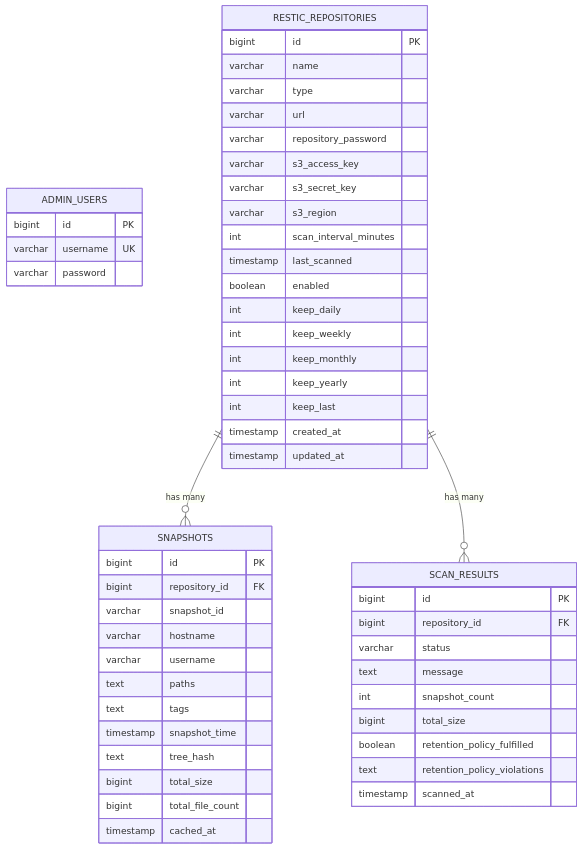
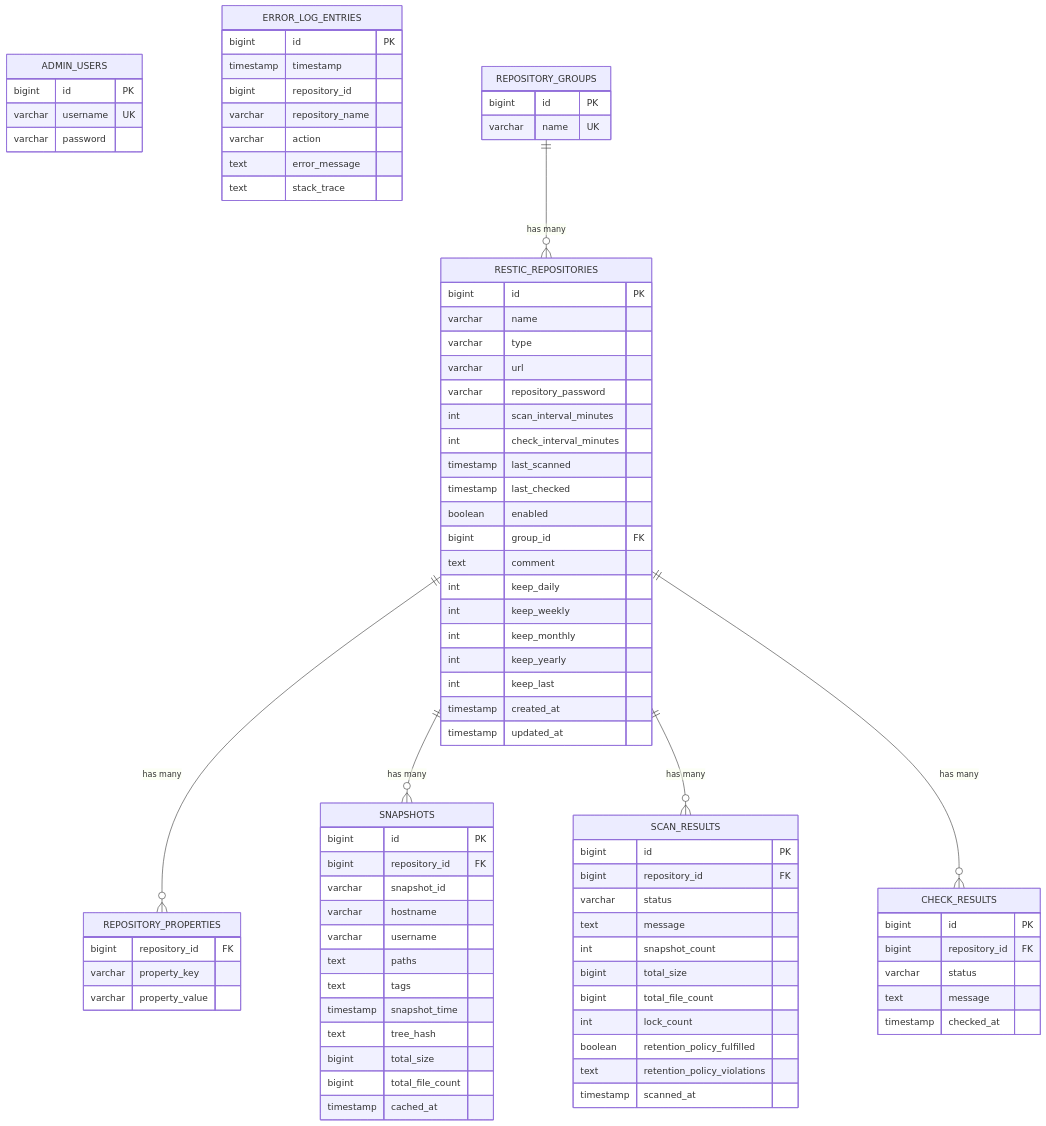
Before and after one commit to tmseidel/restic-explorer: the seventh of 9 diagrams in docs/ARCHITECTURE.md, drawn with Mermaid. The commit also changed other lines of this file and 2 other files, not shown here.

````diff
--- a/docs/ARCHITECTURE.md
+++ b/docs/ARCHITECTURE.md
@@ -228,18 +299,34 @@
         varchar password
     }
 
+    ERROR_LOG_ENTRIES {
+        bigint id PK
+        timestamp timestamp
+        bigint repository_id
+        varchar repository_name
+        varchar action
+        text error_message
+        text stack_trace
+    }
+
+    REPOSITORY_GROUPS {
+        bigint id PK
+        varchar name UK
+    }
+
     RESTIC_REPOSITORIES {
         bigint id PK
         varchar name
         varchar type
         varchar url
         varchar repository_password
-        varchar s3_access_key
-        varchar s3_secret_key
-        varchar s3_region
         int scan_interval_minutes
+        int check_interval_minutes
         timestamp last_scanned
+        timestamp last_checked
         boolean enabled
+        bigint group_id FK
+        text comment
         int keep_daily
         int keep_weekly
         int keep_monthly
@@ -247,6 +334,12 @@
         int keep_last
         timestamp created_at
         timestamp updated_at
+    }
+
+    REPOSITORY_PROPERTIES {
+        bigint repository_id FK
+        varchar property_key
+        varchar property_value
     }
 
     SNAPSHOTS {
@@ -271,11 +364,24 @@
         text message
         int snapshot_count
         bigint total_size
+        bigint total_file_count
+        int lock_count
         boolean retention_policy_fulfilled
         text retention_policy_violations
         timestamp scanned_at
     }
 
+    CHECK_RESULTS {
+        bigint id PK
+        bigint repository_id FK
+        varchar status
+        text message
+        timestamp checked_at
+    }
+
+    REPOSITORY_GROUPS ||--o{ RESTIC_REPOSITORIES : "has many"
+    RESTIC_REPOSITORIES ||--o{ REPOSITORY_PROPERTIES : "has many"
     RESTIC_REPOSITORIES ||--o{ SNAPSHOTS : "has many"
     RESTIC_REPOSITORIES ||--o{ SCAN_RESULTS : "has many"
+    RESTIC_REPOSITORIES ||--o{ CHECK_RESULTS : "has many"
 ```
````
